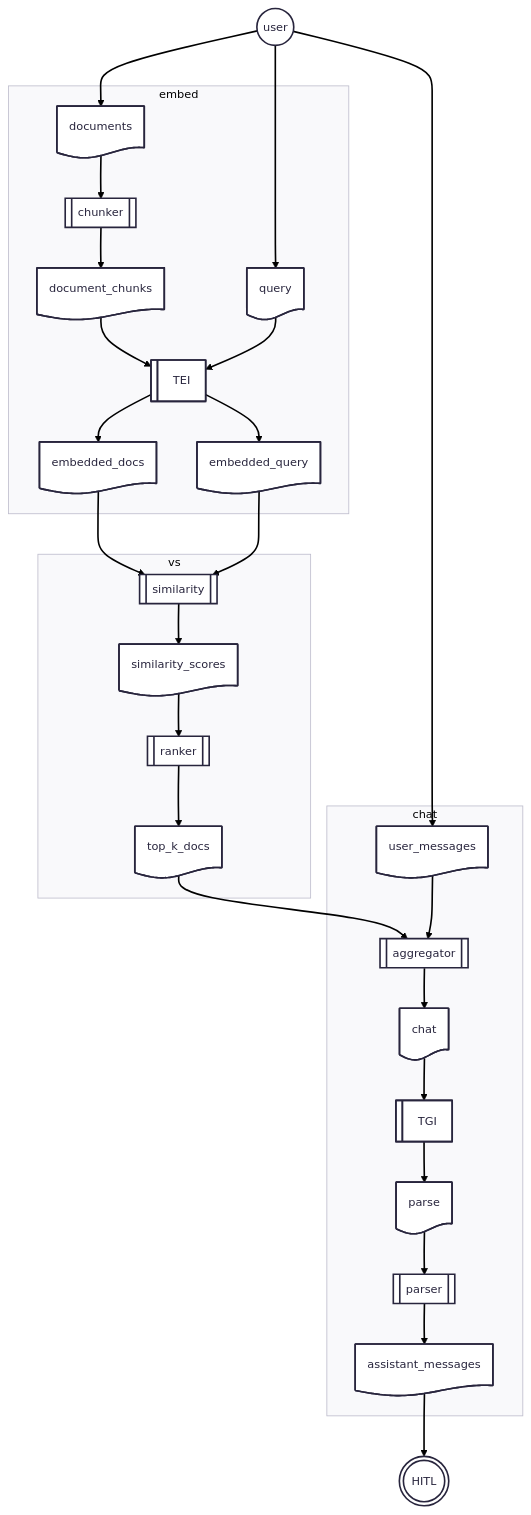
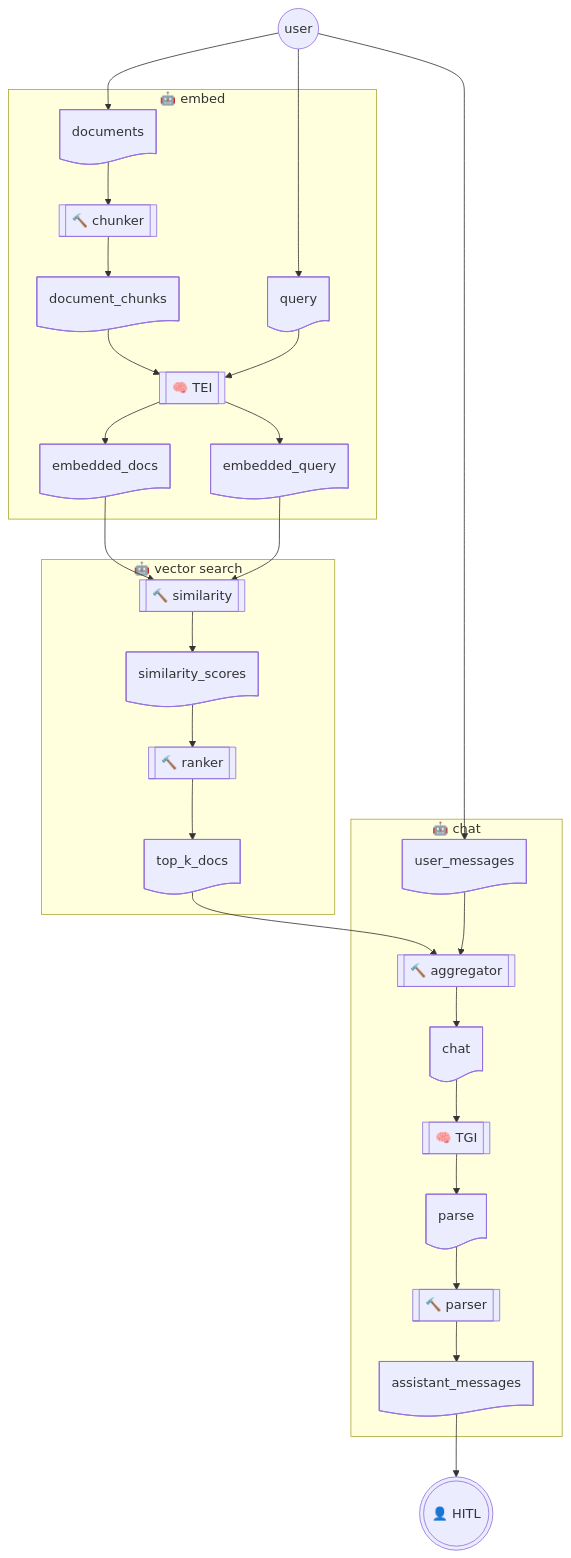
The second of 2 diagrams in phymes-book/src/phymes-agents/rag_agent.md (biom8er/phymes), drawn with Mermaid before and after one commit. The commit also changed other lines of this file and 3 other files, not shown here.

Commit message:
fix: broken cdn call for mermaid.js

````diff
--- a/phymes-book/src/phymes-agents/rag_agent.md
+++ b/phymes-book/src/phymes-agents/rag_agent.md
@@ -25,35 +34,31 @@
 ```mermaid
----
-config:
-      theme: redux
----
 flowchart TD
     user@{ shape: circle, label: user } --> documents@{ shape: doc, label: documents }
     user@{ shape: circle, label: user } --> query@{ shape: doc, label: query }
     user@{ shape: circle, label: user } --> user_messages@{ shape: doc, label: user_messages }
-    subgraph embed
-        documents@{ shape: doc, label: documents } --> chunker@{ shape: subproc, label: chunker }
-        chunker@{ shape: subproc, label: chunker } --> document_chunks@{ shape: doc, label: document_chunks }
-        document_chunks@{ shape: doc, label: document_chunks } --> TEI@{ shape: lin-rect, label: TEI }
-        TEI@{ shape: lin-rect, label: TEI } --> embedded_docs@{ shape: doc, label: embedded_docs }
-        query@{ shape: doc, label: query } --> TEI@{ shape: lin-rect, label: TEI }
-        TEI@{ shape: lin-rect, label: TEI } --> embedded_query@{ shape: doc, label: embedded_query }
+    subgraph "🤖 embed"
+        documents@{ shape: doc, label: documents } --> chunker@{ shape: subproc, label: 🔨 chunker }
+        chunker@{ shape: subproc, label: 🔨 chunker } --> document_chunks@{ shape: doc, label: document_chunks }
+        document_chunks@{ shape: doc, label: document_chunks } --> TEI@{ shape: subproc, label: 🧠 TEI }
+        TEI@{ shape: subproc, label: 🧠 TEI } --> embedded_docs@{ shape: doc, label: embedded_docs }
+        query@{ shape: doc, label: query } --> TEI@{ shape: subproc, label: 🧠 TEI }
+        TEI@{ shape: subproc, label: 🧠 TEI } --> embedded_query@{ shape: doc, label: embedded_query }
     end
-    subgraph vs
-        embedded_docs@{ shape: doc, label: embedded_docs } --> similarity@{ shape: subproc, label: similarity }
-        embedded_query@{ shape: doc, label: embedded_query } --> similarity@{ shape: subproc, label: similarity }
-        similarity@{ shape: subproc, label: similarity } --> similarity_scores@{ shape: doc, label: similarity_scores }
-        similarity_scores@{ shape: doc, label: similarity_scores } --> ranker@{ shape: subproc, label: ranker }
-        ranker@{ shape: subproc, label: ranker } --> top_k_docs@{ shape: doc, label: top_k_docs }
+    subgraph "🤖 vector search"
+        embedded_docs@{ shape: doc, label: embedded_docs } --> similarity@{ shape: subproc, label: 🔨 similarity }
+        embedded_query@{ shape: doc, label: embedded_query } --> similarity@{ shape: subproc, label: 🔨 similarity }
+        similarity@{ shape: subproc, label: 🔨 similarity } --> similarity_scores@{ shape: doc, label: similarity_scores }
+        similarity_scores@{ shape: doc, label: similarity_scores } --> ranker@{ shape: subproc, label: 🔨 ranker }
+        ranker@{ shape: subproc, label: 🔨 ranker } --> top_k_docs@{ shape: doc, label: top_k_docs }
     end
-    subgraph chat
-        top_k_docs@{ shape: doc, label: top_k_docs } --> aggregator@{ shape: subproc, label: aggregator }
-        user_messages@{ shape: doc, label: user_messages } --> aggregator@{ shape: subproc, label: aggregator }
-        aggregator@{ shape: subproc, label: aggregator } --> c@{ shape: doc, label: chat }
-        c@{ shape: doc, label: chat } --> TGI@{ shape: lin-rect, label: TGI }
-        TGI@{ shape: lin-rect, label: TGI } --> parse@{ shape: doc, label: parse }
-        parse@{ shape: doc, label: parse } --> parser@{ shape: subproc, label: parser }
-        parser@{ shape: subproc, label: parser } --> assistant_messages@{ shape: doc, label: assistant_messages }
+    subgraph "🤖 chat"
+        top_k_docs@{ shape: doc, label: top_k_docs } --> aggregator@{ shape: subproc, label: 🔨 aggregator }
+        user_messages@{ shape: doc, label: user_messages } --> aggregator@{ shape: subproc, label: 🔨 aggregator }
+        aggregator@{ shape: subproc, label: 🔨 aggregator } --> c@{ shape: doc, label: chat }
+        c@{ shape: doc, label: chat } --> TGI@{ shape: subproc, label: 🧠 TGI }
+        TGI@{ shape: subproc, label: 🧠 TGI } --> parse@{ shape: doc, label: parse }
+        parse@{ shape: doc, label: parse } --> parser@{ shape: subproc, label: 🔨 parser }
+        parser@{ shape: subproc, label: 🔨 parser } --> assistant_messages@{ shape: doc, label: assistant_messages }
     end
-    assistant_messages@{ shape: doc, label: assistant_messages } --> HITL@{ shape: dbl-circ, label: HITL }
+    assistant_messages@{ shape: doc, label: assistant_messages } --> HITL@{ shape: dbl-circ, label: 👤 HITL }
 ```
````
